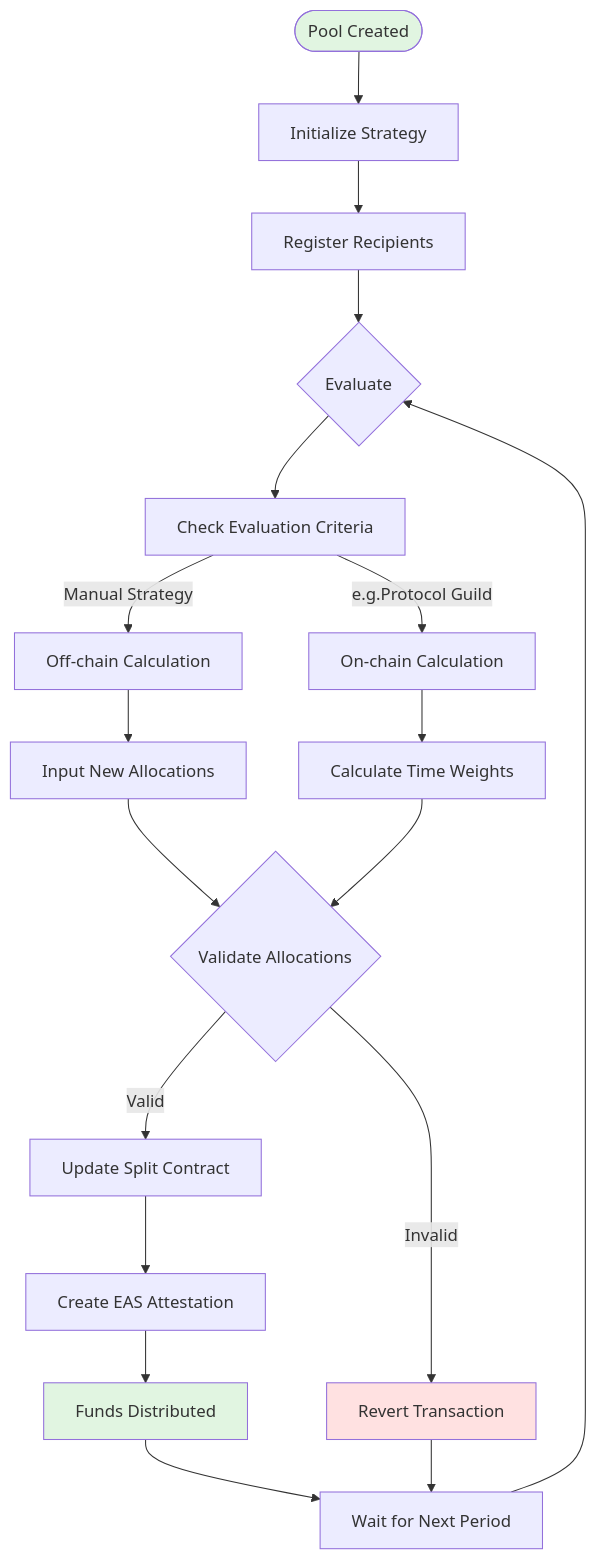
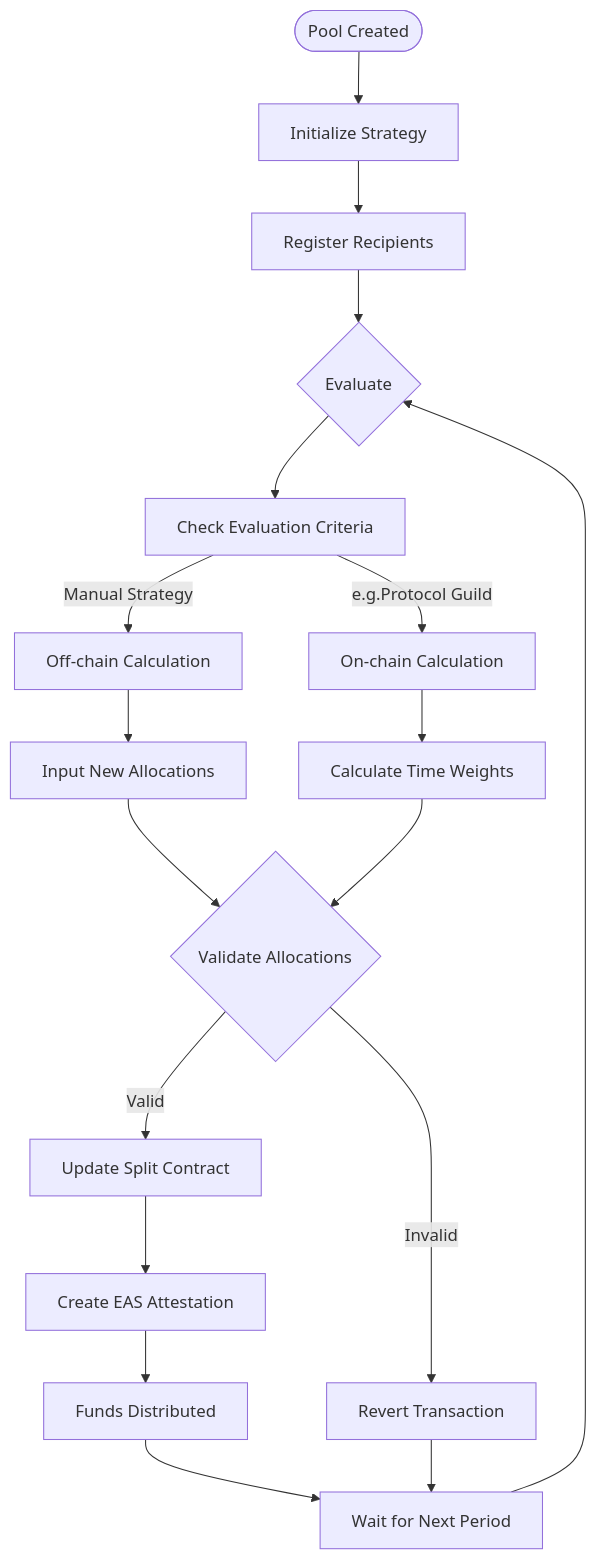
Before and after one commit to tnkshuuhei/ie-framework: the second of 2 diagrams in README.md, drawn with Mermaid. The commit also changed other lines of this file, not shown here.

````diff
--- a/README.md
+++ b/README.md
@@ -122,32 +117,30 @@
 ```mermaid
 flowchart TB
     Start([Pool Created]) --> Init[Initialize Strategy]
     Init --> Reg[Register Recipients]
     Reg --> Iter{Evaluate}
 
     Iter --> Check[Check Evaluation Criteria]
     Check --> |Manual Strategy| Manual[Off-chain Calculation]
     Check --> |e.g.Protocol Guild| Auto[On-chain Calculation]
 
     Manual --> Input[Input New Allocations]
     Auto --> Calc[Calculate Time Weights]
 
     Input --> Validate{Validate Allocations}
     Calc --> Validate
 
     Validate --> |Invalid| Error[Revert Transaction]
     Validate --> |Valid| Update[Update Split Contract]
 
     Update --> Attest[Create EAS Attestation]
     Attest --> Distrib[Funds Distributed]
     Distrib --> Wait[Wait for Next Period]
 
     Wait --> Iter
 
     Error --> Wait
 
-    style Start fill:#e1f5e1
-    style Distrib fill:#e1f5e1
-    style Error fill:#ffe1e1
+
 
 ```
````
